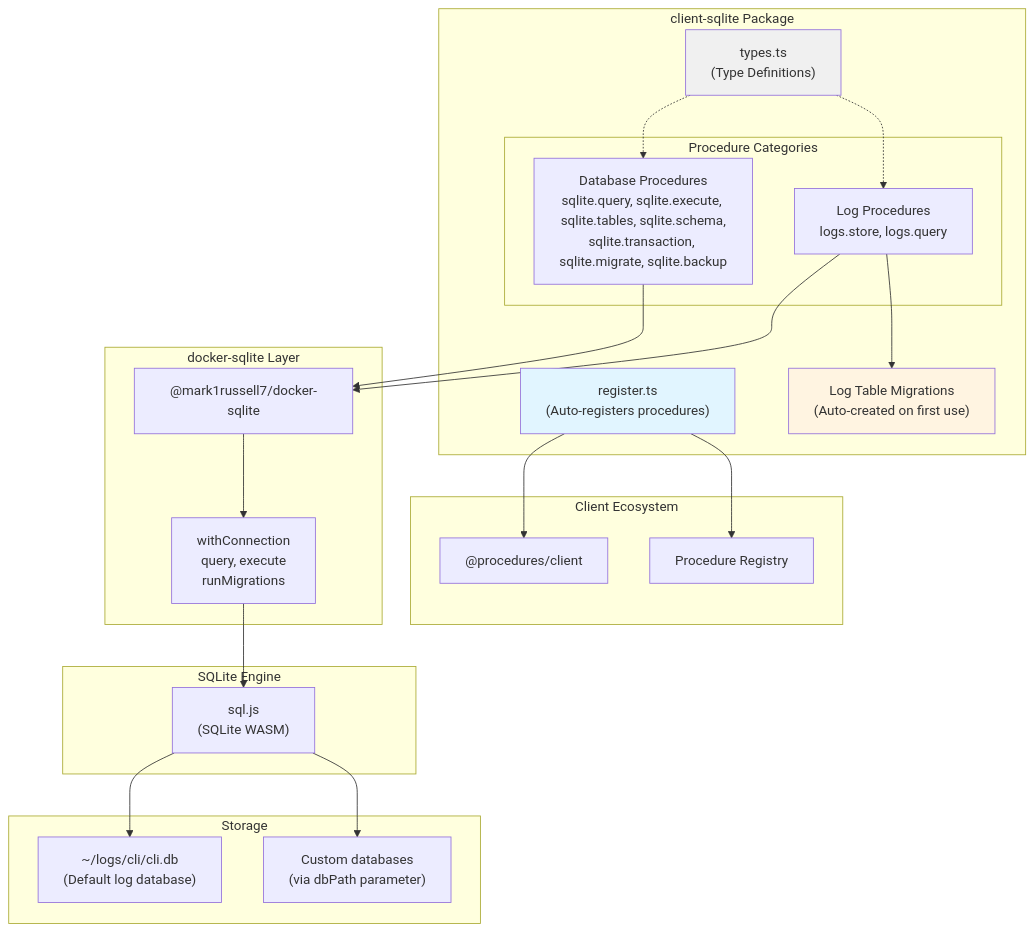
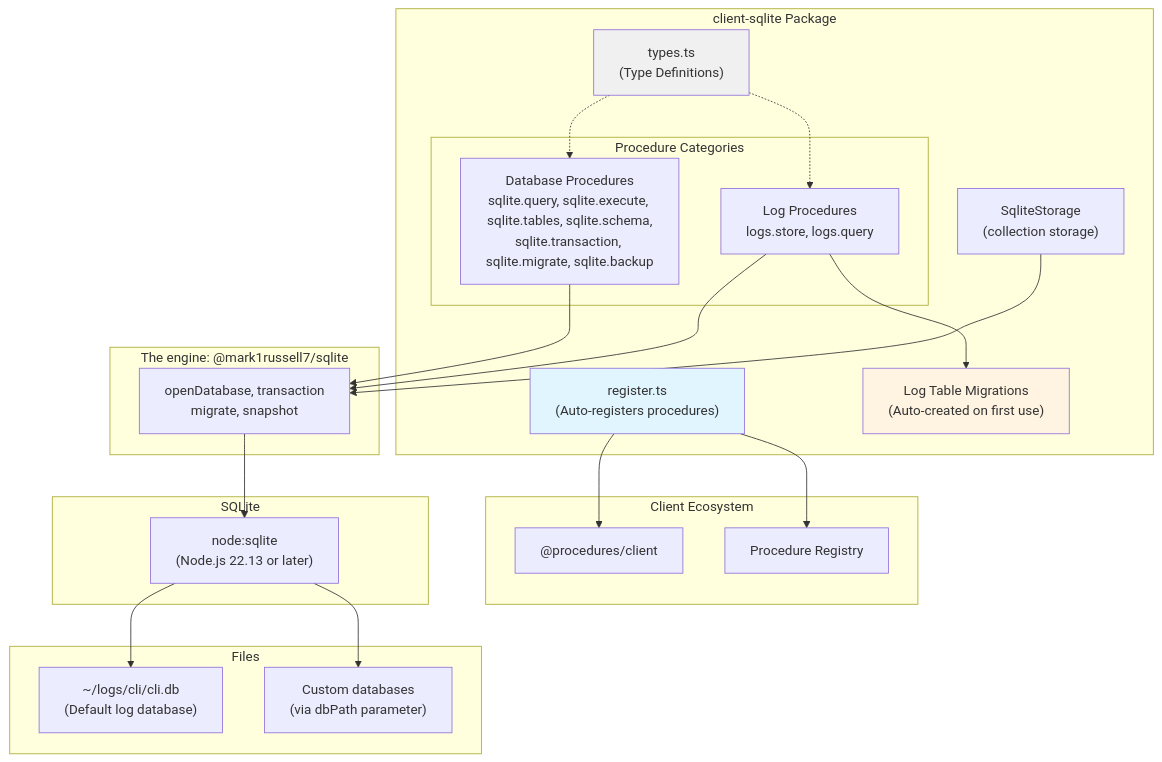
One commit to mark1russell7/client changed the first of 3 diagrams in packages/client-sqlite/README.md. Above: the diagram before and after it, drawn with Mermaid. The commit also changed other lines of this file and 30 other files, not shown here.

First line of the commit message:
feat(sqlite)!: the procedures open the file through @mark1russell7/sqlite

````diff
--- a/packages/client-sqlite/README.md
+++ b/packages/client-sqlite/README.md
@@ -34,53 +34,53 @@
 ```mermaid
 graph TB
     subgraph "Client Ecosystem"
         Client["@procedures/client"]
         Registry["Procedure Registry"]
     end
 
     subgraph "client-sqlite Package"
         Register["register.ts<br/>(Auto-registers procedures)"]
 
         subgraph "Procedure Categories"
             DB["Database Procedures<br/>sqlite.query, sqlite.execute, sqlite.tables, sqlite.schema,<br/>sqlite.transaction, sqlite.migrate, sqlite.backup"]
             Logs["Log Procedures<br/>logs.store, logs.query"]
         end
 
         Migrations["Log Table Migrations<br/>(Auto-created on first use)"]
+        Storage["SqliteStorage<br/>(collection storage)"]
         Types["types.ts<br/>(Type Definitions)"]
     end
 
-    subgraph "docker-sqlite Layer"
-        DockerSqlite["@mark1russell7/docker-sqlite"]
-        Utilities["withConnection<br/>query, execute<br/>runMigrations"]
+    subgraph "The engine: @mark1russell7/sqlite"
+        Home["openDatabase, transaction<br/>migrate, snapshot"]
     end
 
-    subgraph "SQLite Engine"
-        SqlJs["sql.js<br/>(SQLite WASM)"]
+    subgraph "SQLite"
+        NodeSqlite["node:sqlite<br/>(Node.js 22.13 or later)"]
     end
 
-    subgraph "Storage"
+    subgraph "Files"
         LogDB["~/logs/cli/cli.db<br/>(Default log database)"]
         CustomDB["Custom databases<br/>(via dbPath parameter)"]
     end
 
     Register --> Client
     Register --> Registry
 
-    DB --> DockerSqlite
-    Logs --> DockerSqlite
+    DB --> Home
+    Logs --> Home
     Logs --> Migrations
+    Storage --> Home
 
-    DockerSqlite --> Utilities
-    Utilities --> SqlJs
+    Home --> NodeSqlite
 
-    SqlJs --> LogDB
-    SqlJs --> CustomDB
+    NodeSqlite --> LogDB
+    NodeSqlite --> CustomDB
 
     Types -.-> DB
     Types -.-> Logs
 
     style Register fill:#e1f5ff
     style Migrations fill:#fff4e1
     style Types fill:#f0f0f0
 ```
````
